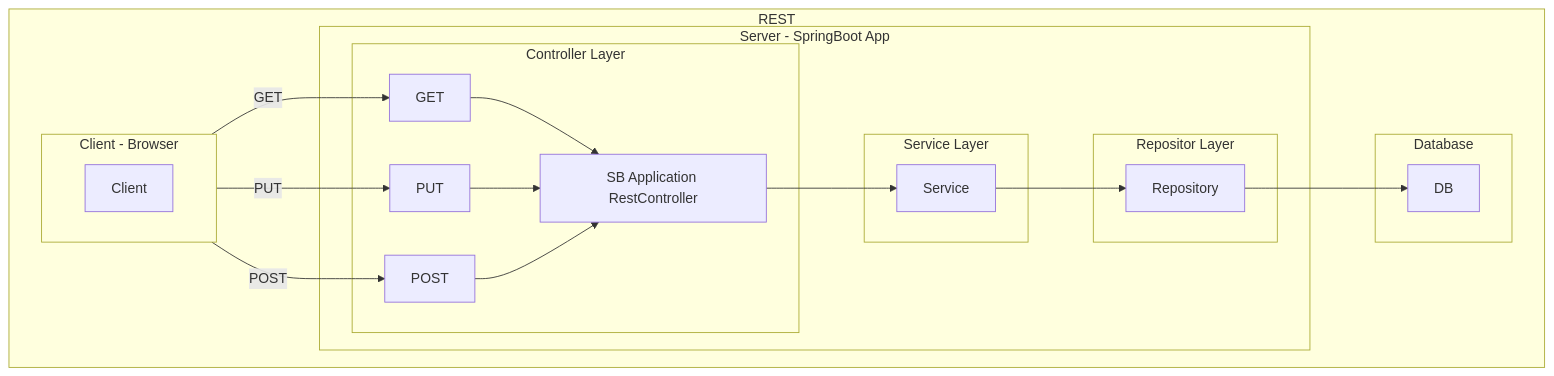
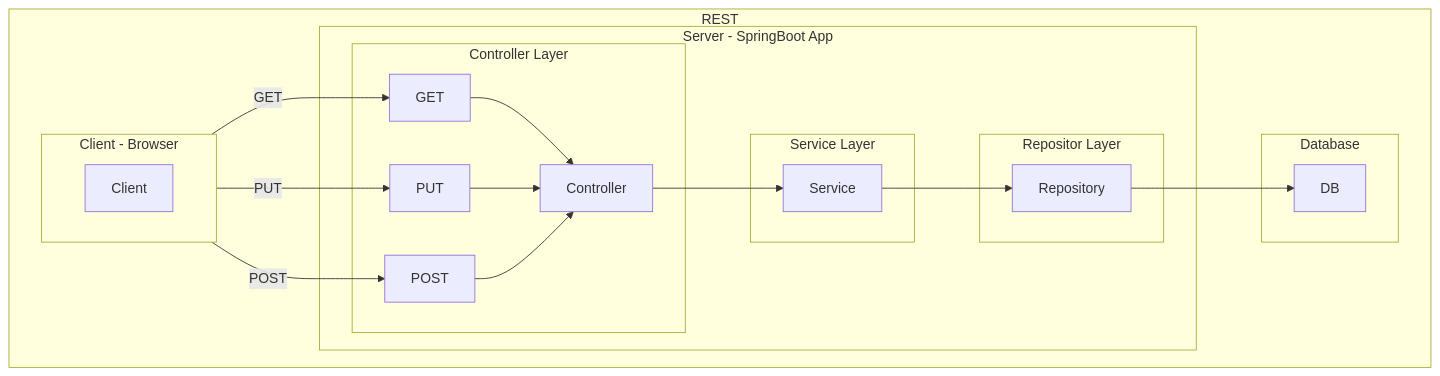
Before and after one commit to rumq/spring-boot-in-3-weeks: the second of 5 diagrams in pages/Week02Notes.md, drawn with Mermaid. The commit also changed other lines of this file, not shown here.

````diff
--- a/pages/Week02Notes.md
+++ b/pages/Week02Notes.md
@@ -203,35 +206,38 @@
 ```mermaid
 flowchart LR
     subgraph "REST"
         direction LR
         subgraph "Server - SpringBoot App"
 
             subgraph "Controller Layer"
-                M1 --> RC[SB Application RestController]
+                
+                M1 --> RC[Controller]
                 M2 --> RC
                 M3 --> RC
             end
 
             subgraph "Service Layer"
-                RC --> Service
+
+            Service
+            RC --> Service
+  
             end
 
 
             subgraph "Repositor Layer"
+
                 Service --> R[Repository]
             end
 
         end
         subgraph "Database"
-            R --> DB            
+            R --> DB
         end
         subgraph "Client - Browser"
             direction LR
             C[Client] --> |GET| M1[GET]
             C[Client] --> |PUT| M2[PUT]
             C[Client] --> |POST| M3[POST]
         end
-
-
     end
 ```
````
